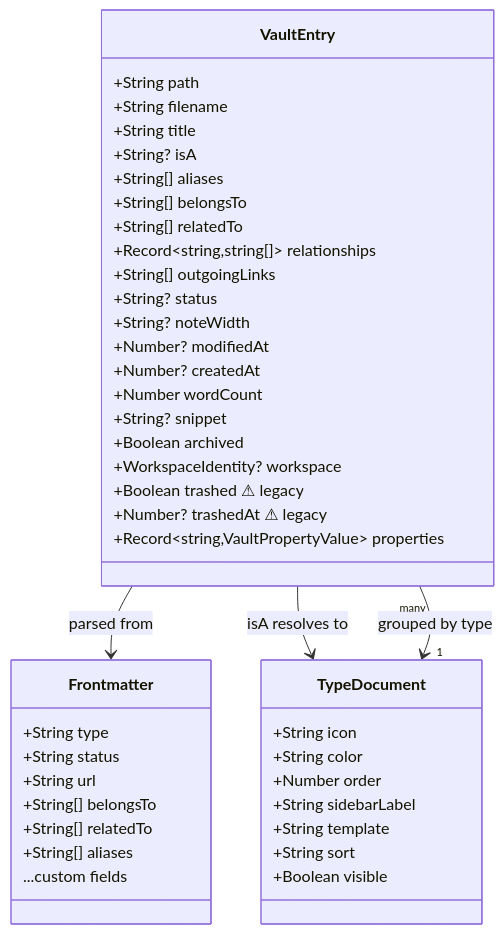
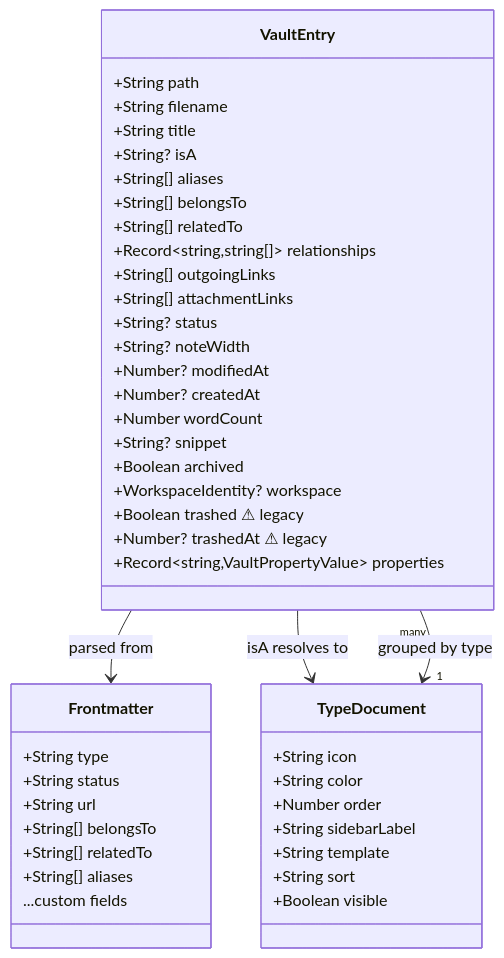
The first of 3 diagrams in docs/ABSTRACTIONS.md (dansisan/tolaria), drawn with Mermaid before and after one commit. The commit also changed other lines of this file and 11 other files, not shown here.

````diff
--- a/docs/ABSTRACTIONS.md
+++ b/docs/ABSTRACTIONS.md
@@ -78,49 +78,50 @@
 ```mermaid
 classDiagram
     class VaultEntry {
         +String path
         +String filename
         +String title
         +String? isA
         +String[] aliases
         +String[] belongsTo
         +String[] relatedTo
         +Record~string,string[]~ relationships
         +String[] outgoingLinks
+        +String[] attachmentLinks
         +String? status
         +String? noteWidth
         +Number? modifiedAt
         +Number? createdAt
         +Number wordCount
         +String? snippet
         +Boolean archived
         +WorkspaceIdentity? workspace
         +Boolean trashed ⚠ legacy
         +Number? trashedAt ⚠ legacy
         +Record~string,VaultPropertyValue~ properties
     }
 
     class TypeDocument {
         +String icon
         +String color
         +Number order
         +String sidebarLabel
         +String template
         +String sort
         +Boolean visible
     }
 
     class Frontmatter {
         +String type
         +String status
         +String url
         +String[] belongsTo
         +String[] relatedTo
         +String[] aliases
         ...custom fields
     }
 
     VaultEntry --> Frontmatter : parsed from
     VaultEntry --> TypeDocument : isA resolves to
     VaultEntry "many" --> "1" TypeDocument : grouped by type
 ```
````
